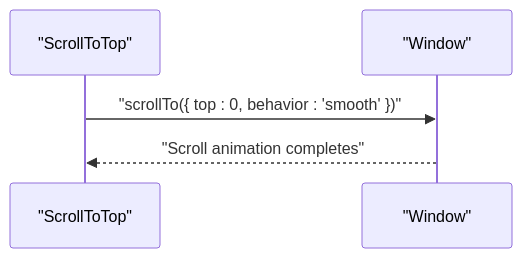
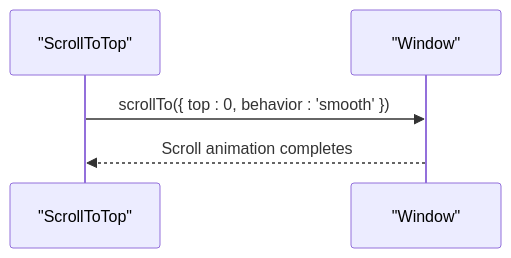
The fourth of 6 diagrams in .qoder/repowiki/en/content/Routing & Navigation/Navigation Components/ScrollToTop Component.md (mohjak/sc-dof), drawn with Mermaid before and after one commit. The commit also changed other lines of this file and 68 other files, not shown here.

First line of the commit message:
docs(docs): update component architecture docs with markdown formatting fixes

````diff
--- a/.qoder/repowiki/en/content/Routing & Navigation/Navigation Components/ScrollToTop Component.md
+++ b/.qoder/repowiki/en/content/Routing & Navigation/Navigation Components/ScrollToTop Component.md
@@ -124,7 +122,7 @@
 ```mermaid
 sequenceDiagram
 participant ST as "ScrollToTop"
 participant Window as "Window"
-ST->>Window : "scrollTo({ top : 0, behavior : 'smooth' })"
-Window-->>ST : "Scroll animation completes"
+ST->>Window : scrollTo({ top : 0, behavior : 'smooth' })
+Window-->>ST : Scroll animation completes
 ```
````
